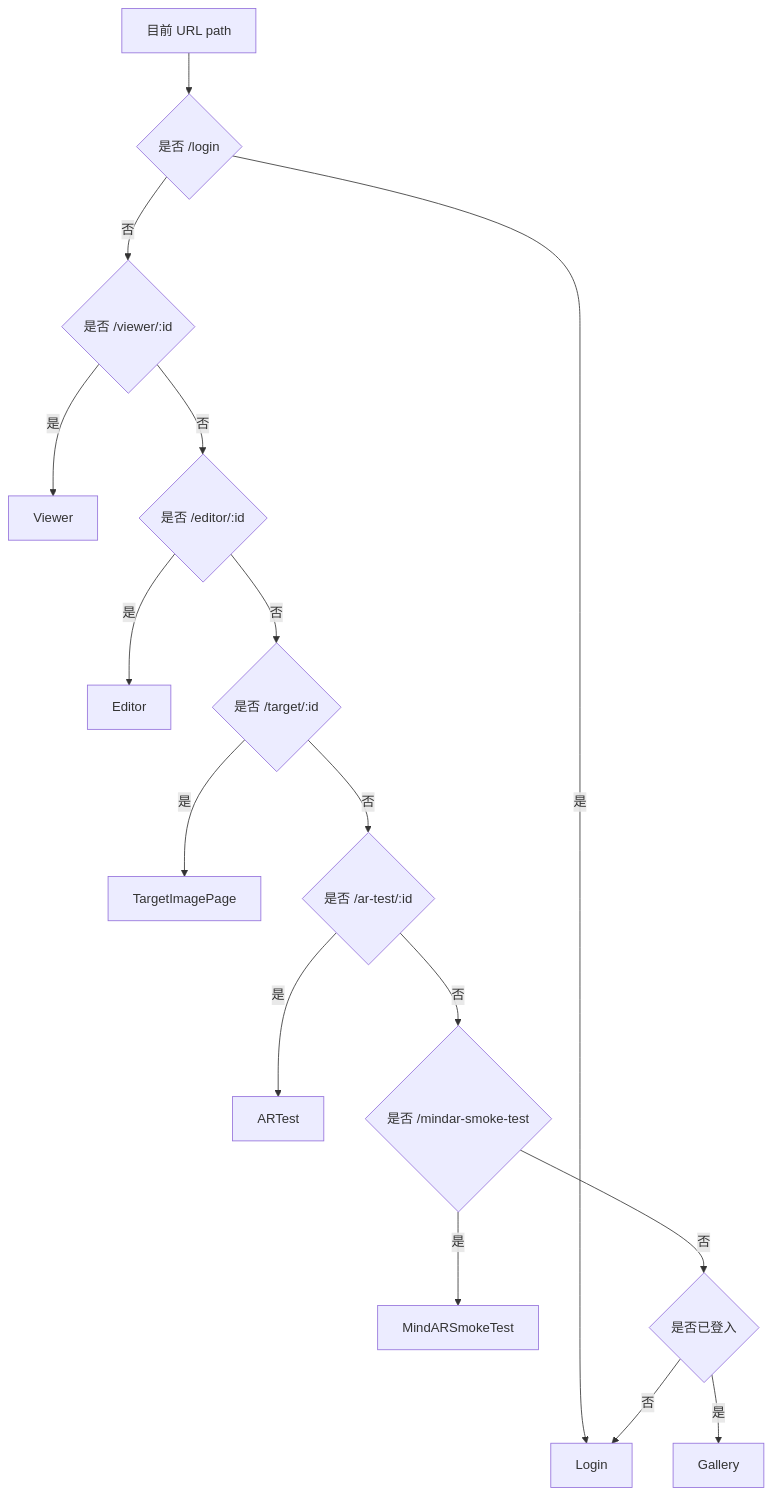
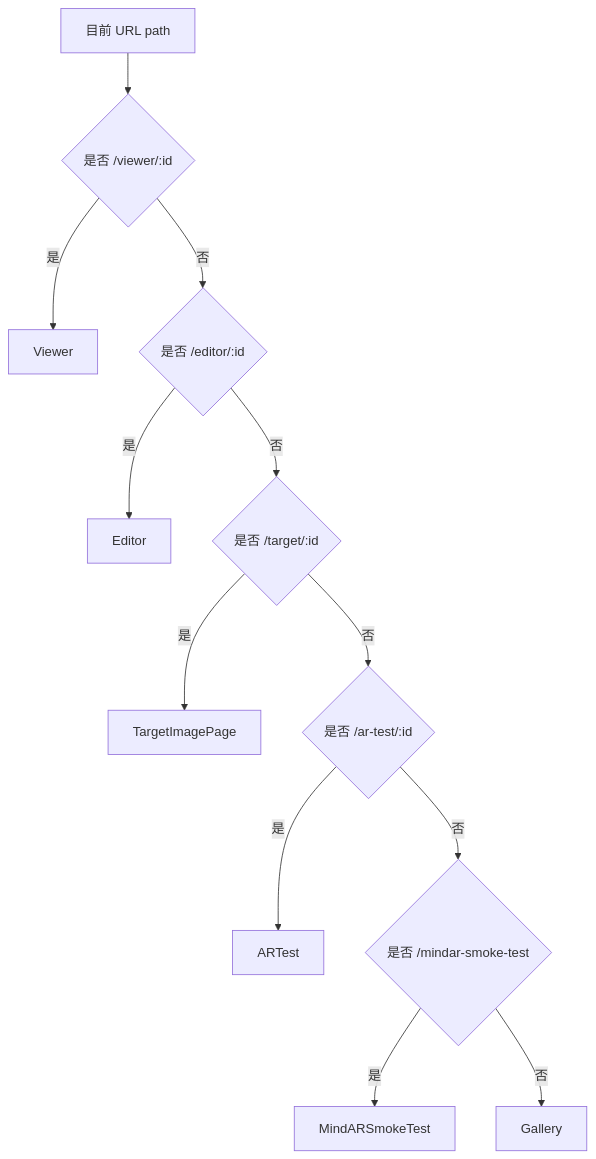
The second of 11 diagrams in docs/HOW_IT_WORKS.md (bang287/-ar-app-), drawn with Mermaid before and after one commit. The commit also changed other lines of this file and 9 other files, not shown here.

````diff
--- a/docs/HOW_IT_WORKS.md
+++ b/docs/HOW_IT_WORKS.md
@@ -37,18 +37,14 @@
 ```mermaid
 flowchart TD
-  Path["目前 URL path"] --> IsLogin{"是否 /login"}
-  IsLogin -->|是| Login["Login"]
-  IsLogin -->|否| IsViewer{"是否 /viewer/:id"}
+  Path["目前 URL path"] --> IsViewer{"是否 /viewer/:id"}
   IsViewer -->|是| Viewer["Viewer"]
   IsViewer -->|否| IsEditor{"是否 /editor/:id"}
   IsEditor -->|是| Editor["Editor"]
   IsEditor -->|否| IsTarget{"是否 /target/:id"}
   IsTarget -->|是| Target["TargetImagePage"]
   IsTarget -->|否| IsARTest{"是否 /ar-test/:id"}
   IsARTest -->|是| ARTest["ARTest"]
   IsARTest -->|否| IsSmoke{"是否 /mindar-smoke-test"}
   IsSmoke -->|是| Smoke["MindARSmokeTest"]
-  IsSmoke -->|否| Guard{"是否已登入"}
-  Guard -->|是| Gallery["Gallery"]
-  Guard -->|否| Login
+  IsSmoke -->|否| Gallery["Gallery"]
 ```
````
